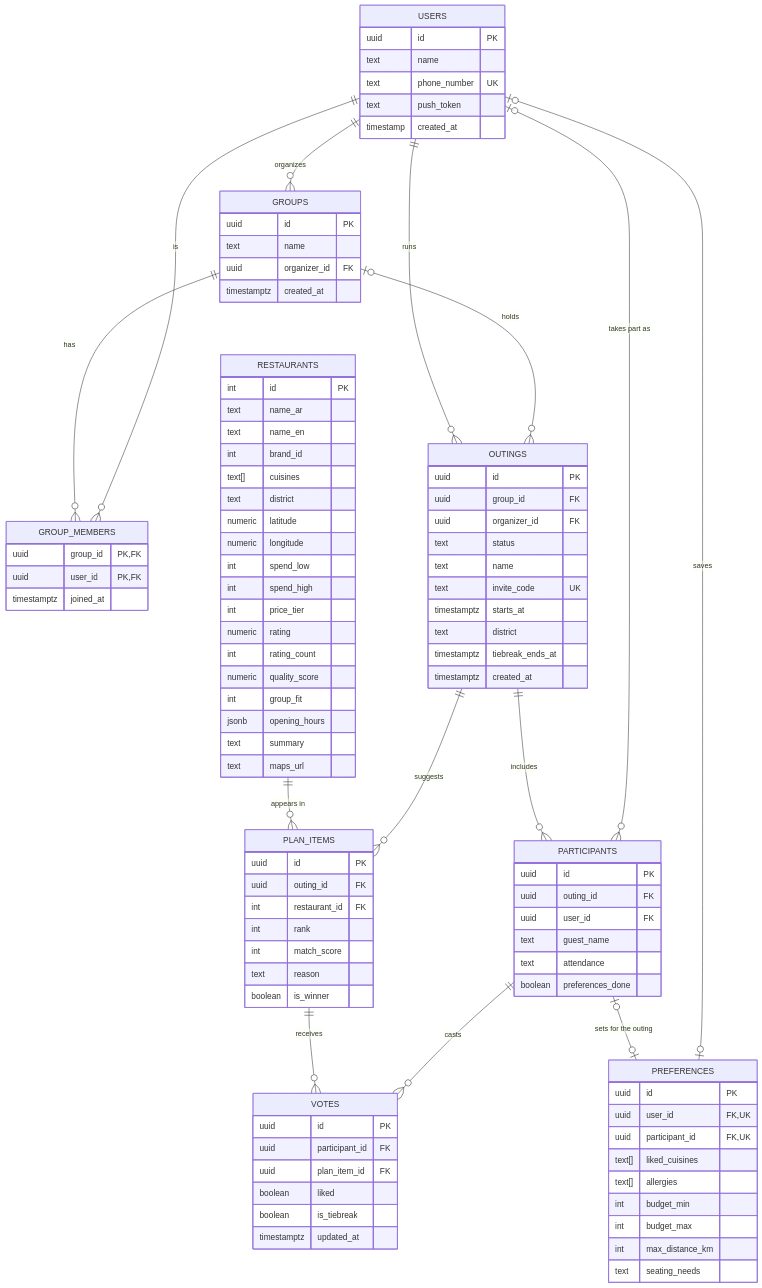
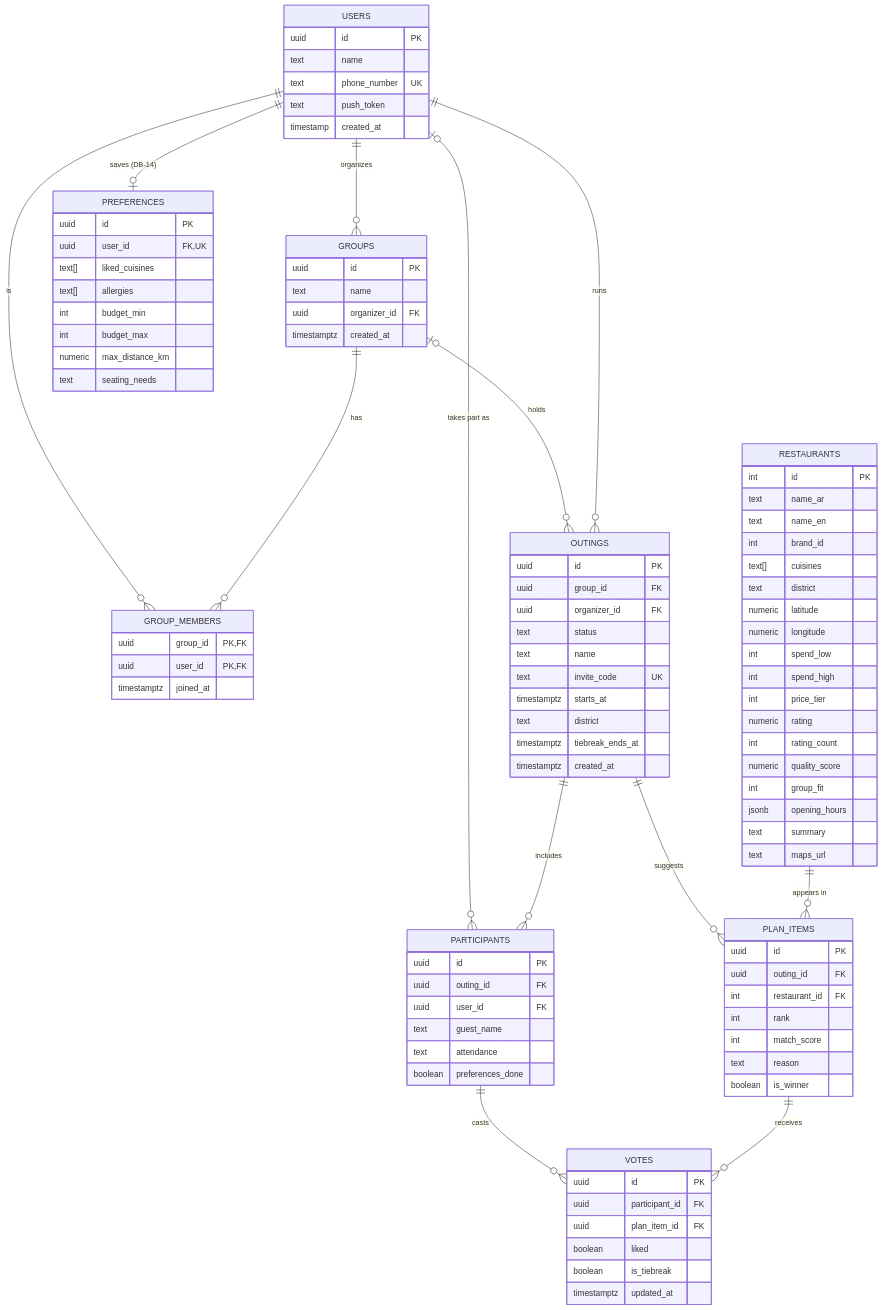
One commit to shathaaa1110-arch/Portfolio-Project changed the second of 11 diagrams in Docs/TechnicalDoc.md. Above: the diagram before and after it, drawn with Mermaid. The commit also changed other lines of this file and 30 other files, not shown here.

First line of the commit message:
feat: migrate account preferences schema and add DB-14 learning docs

```diff
--- a/Docs/TechnicalDoc.md
+++ b/Docs/TechnicalDoc.md
@@ -346,8 +346,7 @@
     RESTAURANTS ||--o{ PLAN_ITEMS : "appears in"
     PARTICIPANTS ||--o{ VOTES : "casts"
     PLAN_ITEMS ||--o{ VOTES : "receives"
-    USERS |o--o| PREFERENCES : "saves"
-    PARTICIPANTS |o--o| PREFERENCES : "sets for the outing"
+    USERS ||--o| PREFERENCES : "saves (DB-14)"
 
     USERS {
         uuid id PK
@@ -390,12 +389,11 @@
     PREFERENCES {
         uuid id PK
         uuid user_id FK, UK
-        uuid participant_id FK, UK
         text[] liked_cuisines
         text[] allergies
         int budget_min
         int budget_max
-        int max_distance_km
+        numeric max_distance_km
         text seating_needs
     }
     RESTAURANTS {
```
